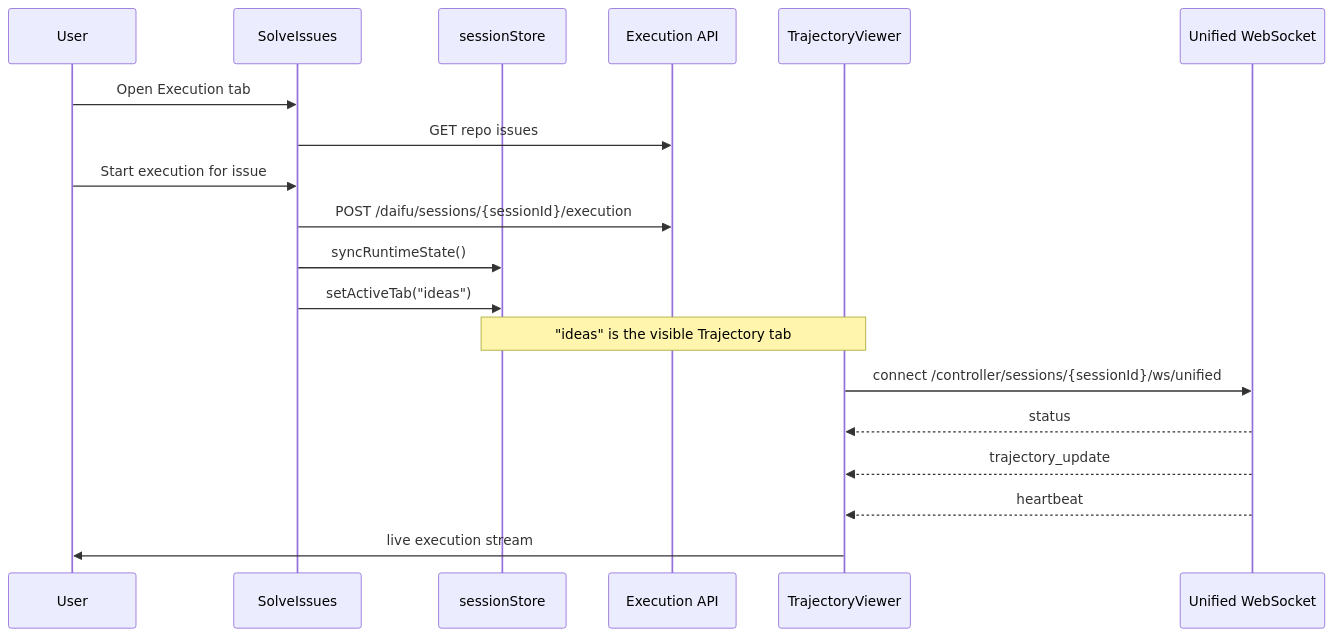
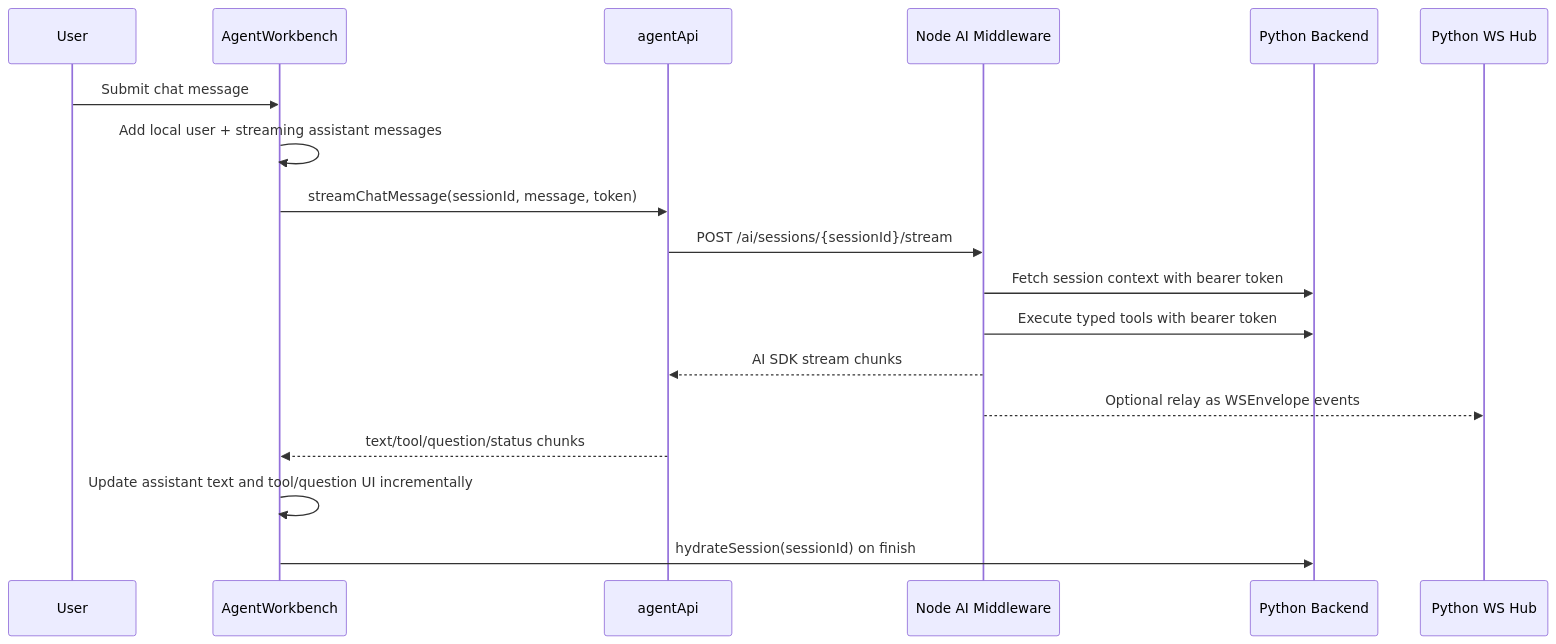
Before and after one commit to pranay5255/YudaiV3: the third of 3 diagrams in docs/frontend-architecture.md, drawn with Mermaid. The commit also changed other lines of this file, not shown here.

Commit message:
docs: update frontend architecture notes

````diff
--- a/docs/frontend-architecture.md
+++ b/docs/frontend-architecture.md
@@ -516,24 +278,21 @@
 ```mermaid
 sequenceDiagram
     participant U as User
-    participant Solve as SolveIssues
-    participant Store as sessionStore
-    participant ExecAPI as Execution API
-    participant Traj as TrajectoryViewer
-    participant WS as Unified WebSocket
+    participant WB as AgentWorkbench
+    participant API as agentApi
+    participant AI as Node AI Middleware
+    participant PY as Python Backend
+    participant WS as Python WS Hub
 
-    U->>Solve: Open Execution tab
-    Solve->>ExecAPI: GET repo issues
-    U->>Solve: Start execution for issue
-    Solve->>ExecAPI: POST /daifu/sessions/{sessionId}/execution
-    Solve->>Store: syncRuntimeState()
-    Solve->>Store: setActiveTab("ideas")
-
-    Note over Store,Traj: "ideas" is the visible Trajectory tab
-
-    Traj->>WS: connect /controller/sessions/{sessionId}/ws/unified
-    WS-->>Traj: status
-    WS-->>Traj: trajectory_update
-    WS-->>Traj: heartbeat
-    Traj->>U: live execution stream
+    U->>WB: Submit chat message
+    WB->>WB: Add local user + streaming assistant messages
+    WB->>API: streamChatMessage(sessionId, message, token)
+    API->>AI: POST /ai/sessions/{sessionId}/stream
+    AI->>PY: Fetch session context with bearer token
+    AI->>PY: Execute typed tools with bearer token
+    AI-->>API: AI SDK stream chunks
+    AI-->>WS: Optional relay as WSEnvelope events
+    API-->>WB: text/tool/question/status chunks
+    WB->>WB: Update assistant text and tool/question UI incrementally
+    WB->>PY: hydrateSession(sessionId) on finish
 ```
````
